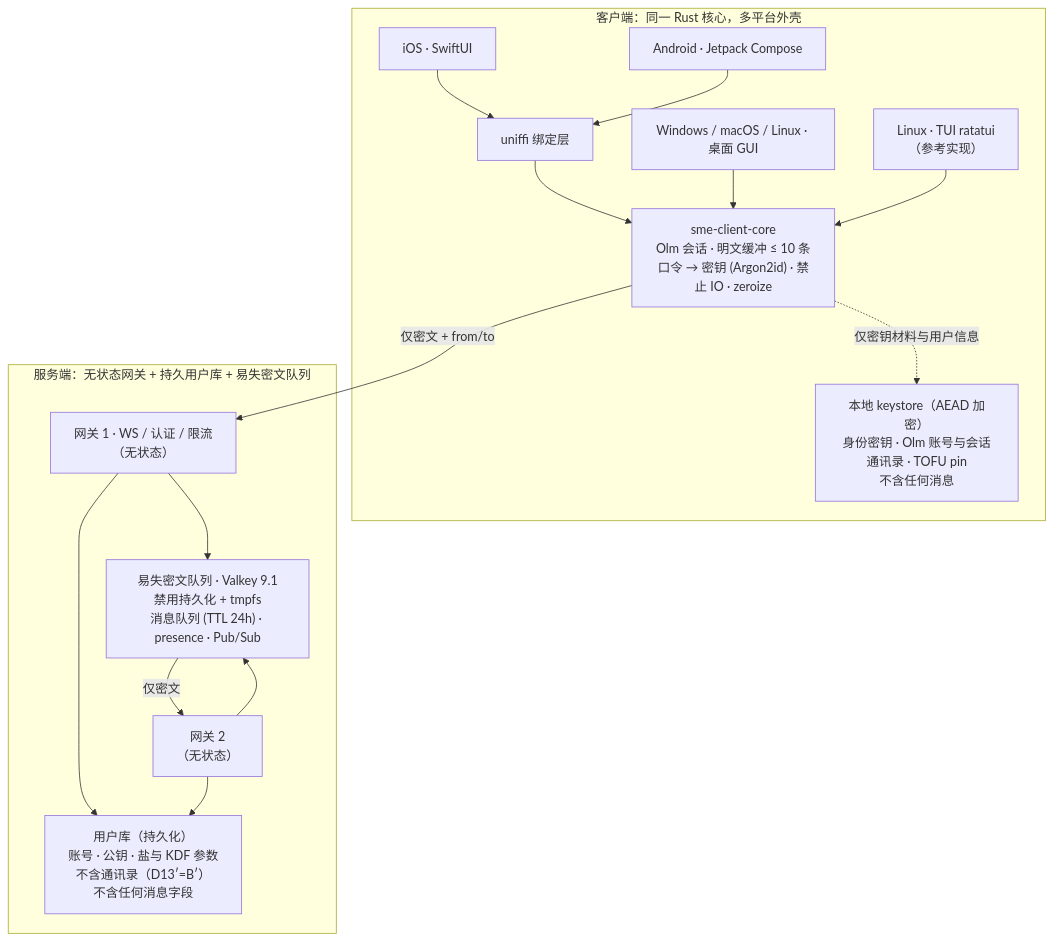
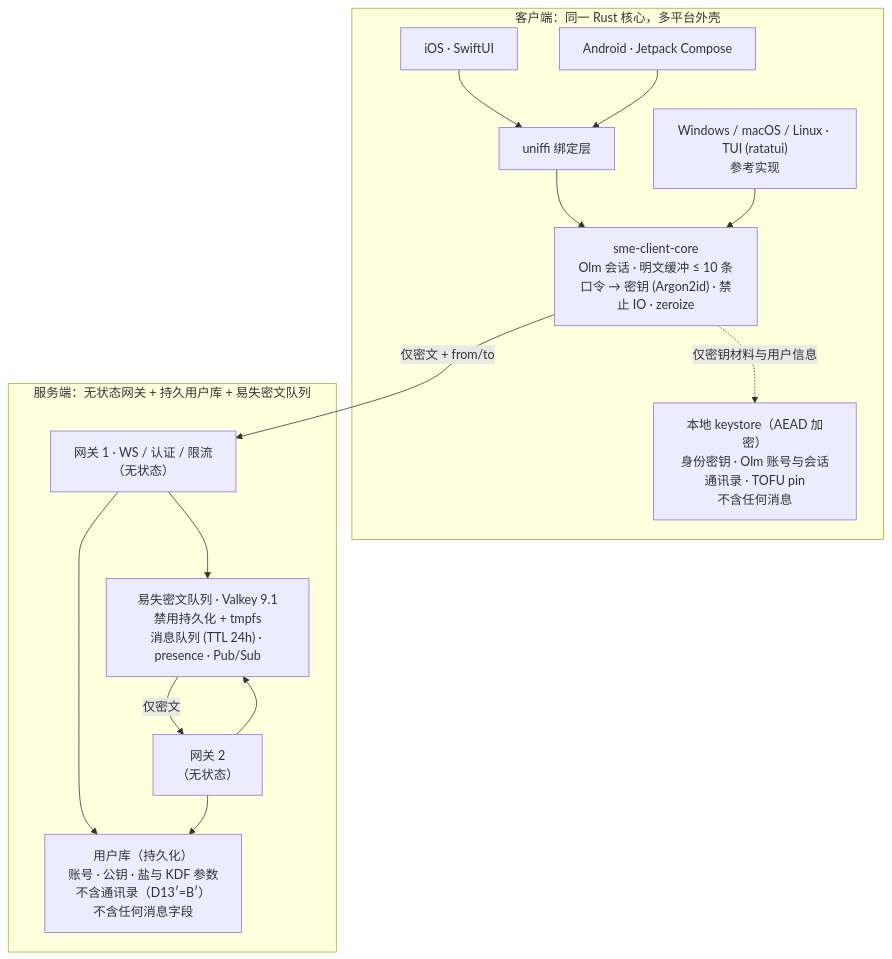
The diagram in plan.md (CQ-Developer/sme), drawn with Mermaid before and after one commit. The commit also changed other lines of this file and 46 other files, not shown here.

````diff
--- a/plan.md
+++ b/plan.md
@@ -62,32 +63,30 @@
 ```mermaid
 flowchart TB
   subgraph CL["客户端：同一 Rust 核心，多平台外壳"]
     IOS["iOS · SwiftUI"]
     AND["Android · Jetpack Compose"]
-    GUI["Windows / macOS / Linux · 桌面 GUI"]
-    TUI["Linux · TUI ratatui<br/>（参考实现）"]
+    TUI["Windows / macOS / Linux · TUI (ratatui)<br/>参考实现"]
     FFI["uniffi 绑定层"]
     CFILE["本地 keystore（AEAD 加密）<br/>身份密钥 · Olm 账号与会话<br/>通讯录 · TOFU pin<br/>不含任何消息"]
     CORE["sme-client-core<br/>Olm 会话 · 明文缓冲 ≤ 10 条<br/>口令 → 密钥 (Argon2id) · 禁止 IO · zeroize"]
     IOS --> FFI
     AND --> FFI
     FFI --> CORE
-    GUI --> CORE
     TUI --> CORE
     CORE -. "仅密钥材料与用户信息" .-> CFILE
   end
 
   subgraph SRV["服务端：无状态网关 + 持久用户库 + 易失密文队列"]
     G1["网关 1 · WS / 认证 / 限流<br/>（无状态）"]
     G2["网关 2<br/>（无状态）"]
     DB["用户库（持久化）<br/>账号 · 公钥 · 盐与 KDF 参数<br/>不含通讯录（D13′=B′）<br/>不含任何消息字段"]
     Q["易失密文队列 · Valkey 9.1<br/>禁用持久化 + tmpfs<br/>消息队列 (TTL 24h) · presence · Pub/Sub"]
     G1 --> DB
     G2 --> DB
     G1 --> Q
     G2 --> Q
   end
 
   CORE -- "仅密文 + from/to" --> G1
   Q -- "仅密文" --> G2
 ```
````
